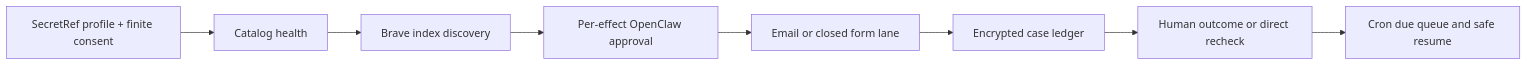
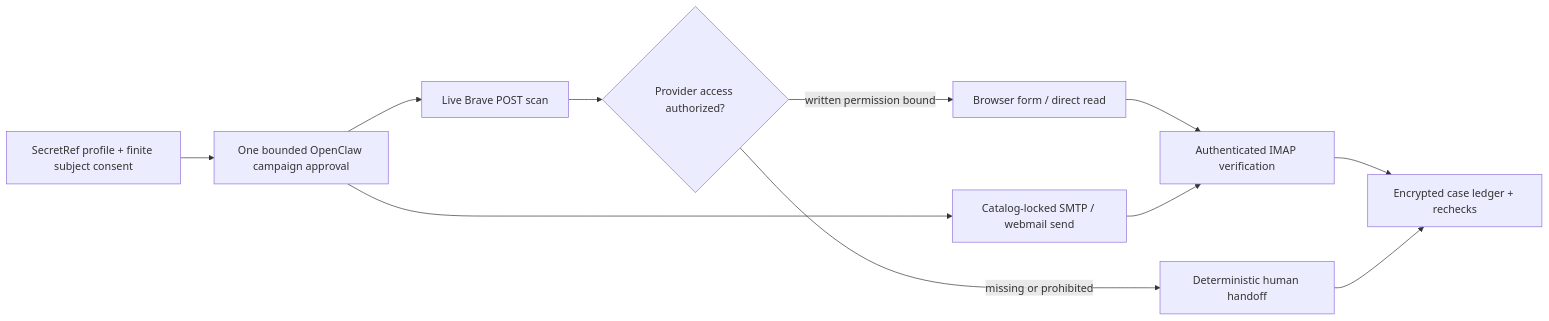
Before and after one commit to Olli0103/rightout: the diagram in README.md, drawn with Mermaid. The commit also changed other lines of this file and 119 other files, not shown here.

First line of the commit message:
Release RightOut v0.8.0: global live scan and Unbroker parity (#14)

````diff
--- a/README.md
+++ b/README.md
@@ -16,10 +61,13 @@
 ```mermaid
 flowchart LR
-    P["SecretRef profile + finite consent"] --> H["Catalog health"]
-    H --> S["Brave index discovery"]
-    S --> A["Per-effect OpenClaw approval"]
-    A --> R["Email or closed form lane"]
-    R --> L["Encrypted case ledger"]
-    L --> V["Human outcome or direct recheck"]
-    V --> Q["Cron due queue and safe resume"]
+    P["SecretRef profile + finite subject consent"] --> G["One bounded OpenClaw campaign approval"]
+    G --> S["Live Brave POST scan"]
+    S --> D{"Provider access authorized?"}
+    D -->|"written permission bound"| F["Browser form / direct read"]
+    D -->|"missing or prohibited"| H["Deterministic human handoff"]
+    G --> E["Catalog-locked SMTP / webmail send"]
+    F --> V["Authenticated IMAP verification"]
+    E --> V
+    V --> L["Encrypted case ledger + rechecks"]
+    H --> L
 ```
````
